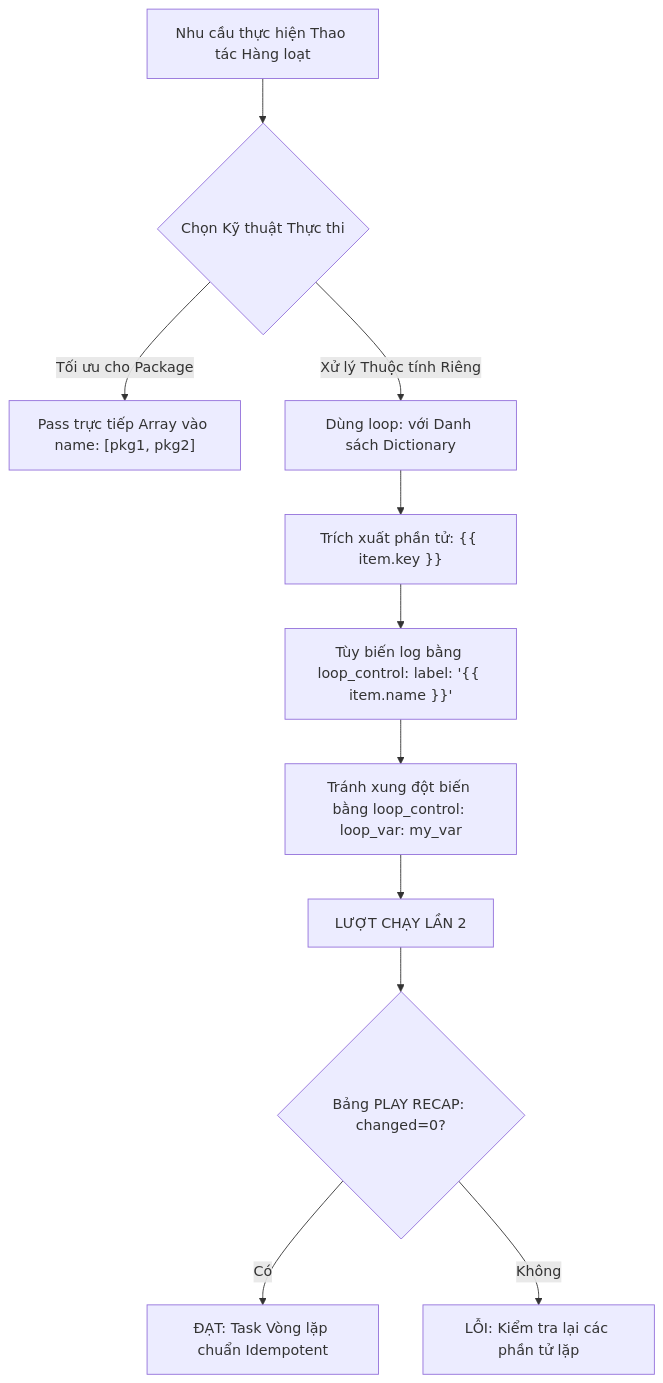
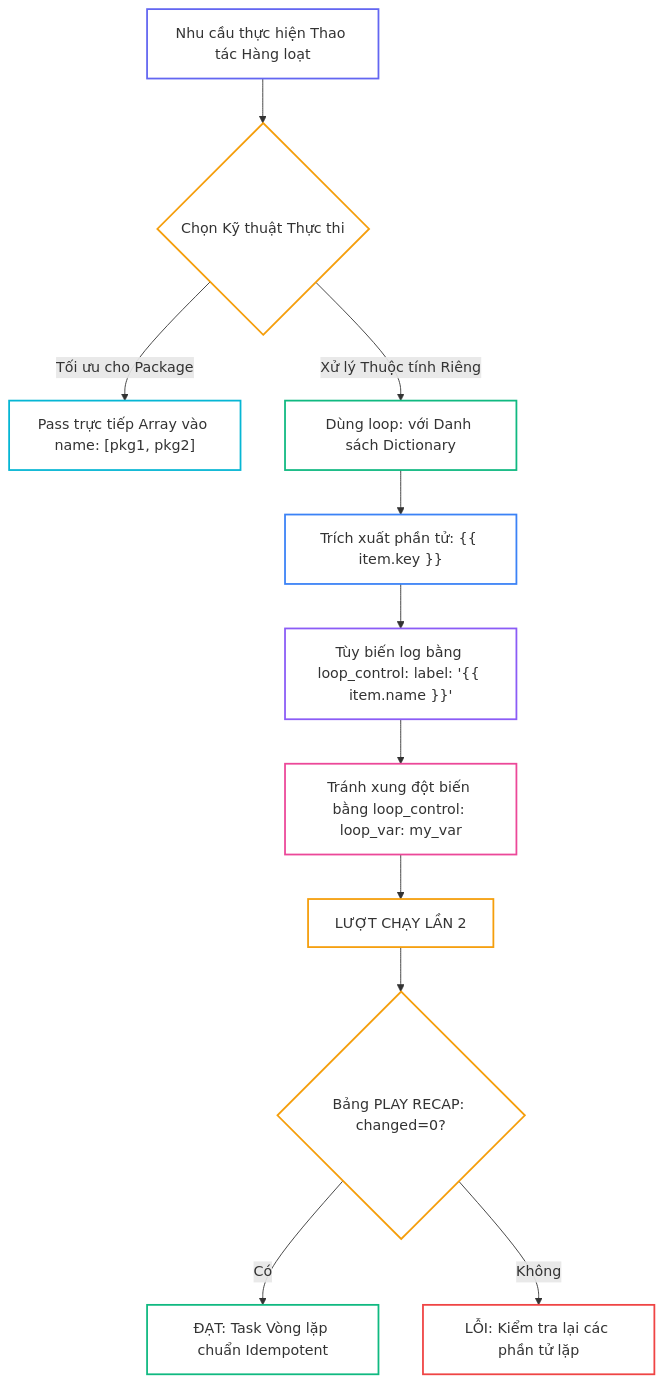
Before and after one commit to kiennt308/ntk: the second of 3 diagrams in _posts/2026-09-13-ansible-10-10-loops.md, drawn with Mermaid. The commit also changed other lines of this file and 30 other files, not shown here.

````diff
--- a/_posts/2026-09-13-ansible-10-10-loops.md
+++ b/_posts/2026-09-13-ansible-10-10-loops.md
@@ -338,15 +347,27 @@
 ```mermaid
 flowchart TD
     A["Nhu cầu thực hiện Thao tác Hàng loạt"] --> B{"Chọn Kỹ thuật Thực thi"}
     B -->|"Tối ưu cho Package"| C["Pass trực tiếp Array vào name: [pkg1, pkg2]"]
     B -->|"Xử lý Thuộc tính Riêng"| D["Dùng loop: với Danh sách Dictionary"]
     
     D --> E["Trích xuất phần tử: {{ item.key }}"]
     E --> F["Tùy biến log bằng loop_control: label: '{{ item.name }}'"]
     F --> G["Tránh xung đột biến bằng loop_control: loop_var: my_var"]
     
     G --> H["LƯỢT CHẠY LẦN 2"]
     H --> I{"Bảng PLAY RECAP: changed=0?"}
-    I -- Có --> J["ĐẠT: Task Vòng lặp chuẩn Idempotent"]
-    I -- Không --> K["LỖI: Kiểm tra lại các phần tử lặp"]
+    I -->|"Có"| J["ĐẠT: Task Vòng lặp chuẩn Idempotent"]
+    I -->|"Không"| K["LỖI: Kiểm tra lại các phần tử lặp"]
+
+    style A fill:none,stroke:#6366f1,stroke-width:2px
+    style B fill:none,stroke:#f59e0b,stroke-width:2px
+    style C fill:none,stroke:#06b6d4,stroke-width:2px
+    style D fill:none,stroke:#10b981,stroke-width:2px
+    style E fill:none,stroke:#3b82f6,stroke-width:2px
+    style F fill:none,stroke:#8b5cf6,stroke-width:2px
+    style G fill:none,stroke:#ec4899,stroke-width:2px
+    style H fill:none,stroke:#f59e0b,stroke-width:2px
+    style I fill:none,stroke:#f59e0b,stroke-width:2px
+    style J fill:none,stroke:#10b981,stroke-width:2px
+    style K fill:none,stroke:#ef4444,stroke-width:2px
 ```
````
